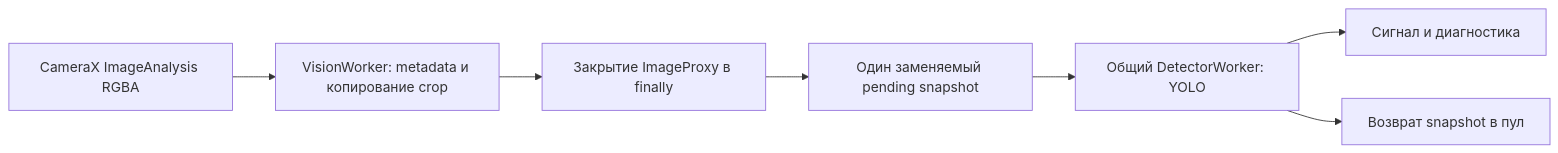
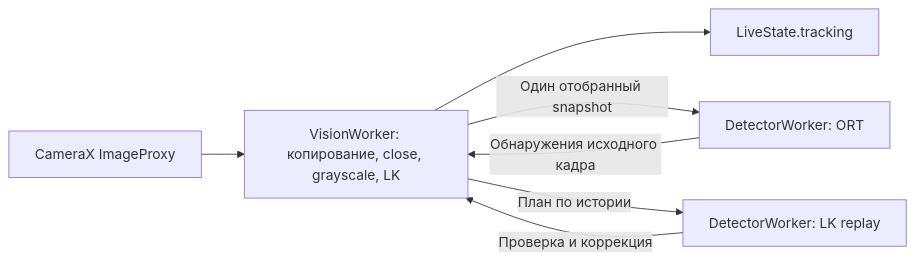
Before and after one commit to Kr1st10/drone-cv-android-prototype: the diagram in docs/guides/camera-frame-ingress.md, drawn with Mermaid. The commit also changed other lines of this file and 34 other files, not shown here.

Commit message:
feat: track live camera targets between YOLO checks

````diff
--- a/docs/guides/camera-frame-ingress.md
+++ b/docs/guides/camera-frame-ingress.md
@@ -7,9 +7,9 @@
 ```mermaid
 flowchart LR
-    C[CameraX ImageAnalysis RGBA] --> V[VisionWorker: metadata и копирование crop]
-    V --> F[Закрытие ImageProxy в finally]
-    F --> P[Один заменяемый pending snapshot]
-    P --> D[Общий DetectorWorker: YOLO]
-    D --> S[Сигнал и диагностика]
-    D --> R[Возврат snapshot в пул]
+    Camera[CameraX ImageProxy] --> Vision[VisionWorker: копирование, close, grayscale, LK]
+    Vision --> Signal[LiveState.tracking]
+    Vision -->|Один отобранный snapshot| ML[DetectorWorker: ORT]
+    ML -->|Обнаружения исходного кадра| Vision
+    Vision -->|План по истории| Replay[DetectorWorker: LK replay]
+    Replay -->|Проверка и коррекция| Vision
 ```
````
